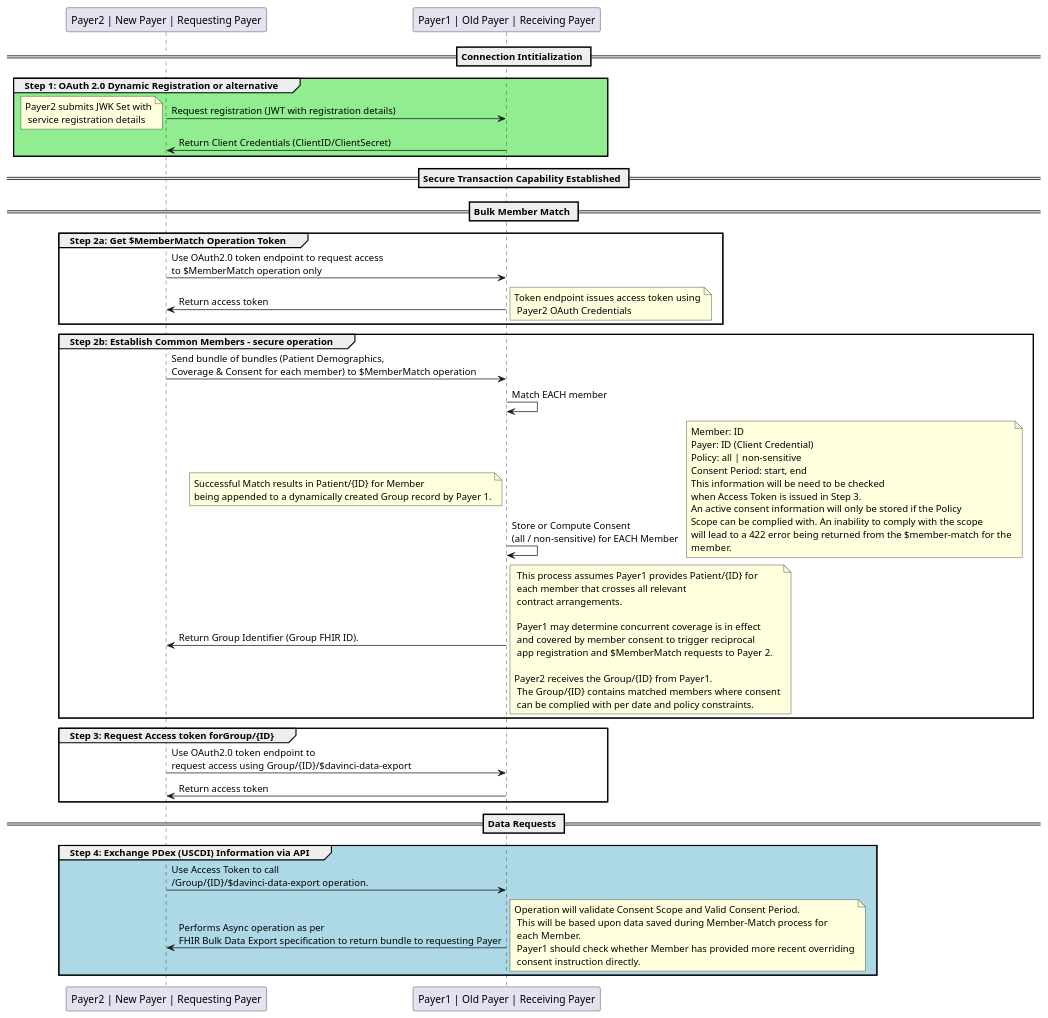
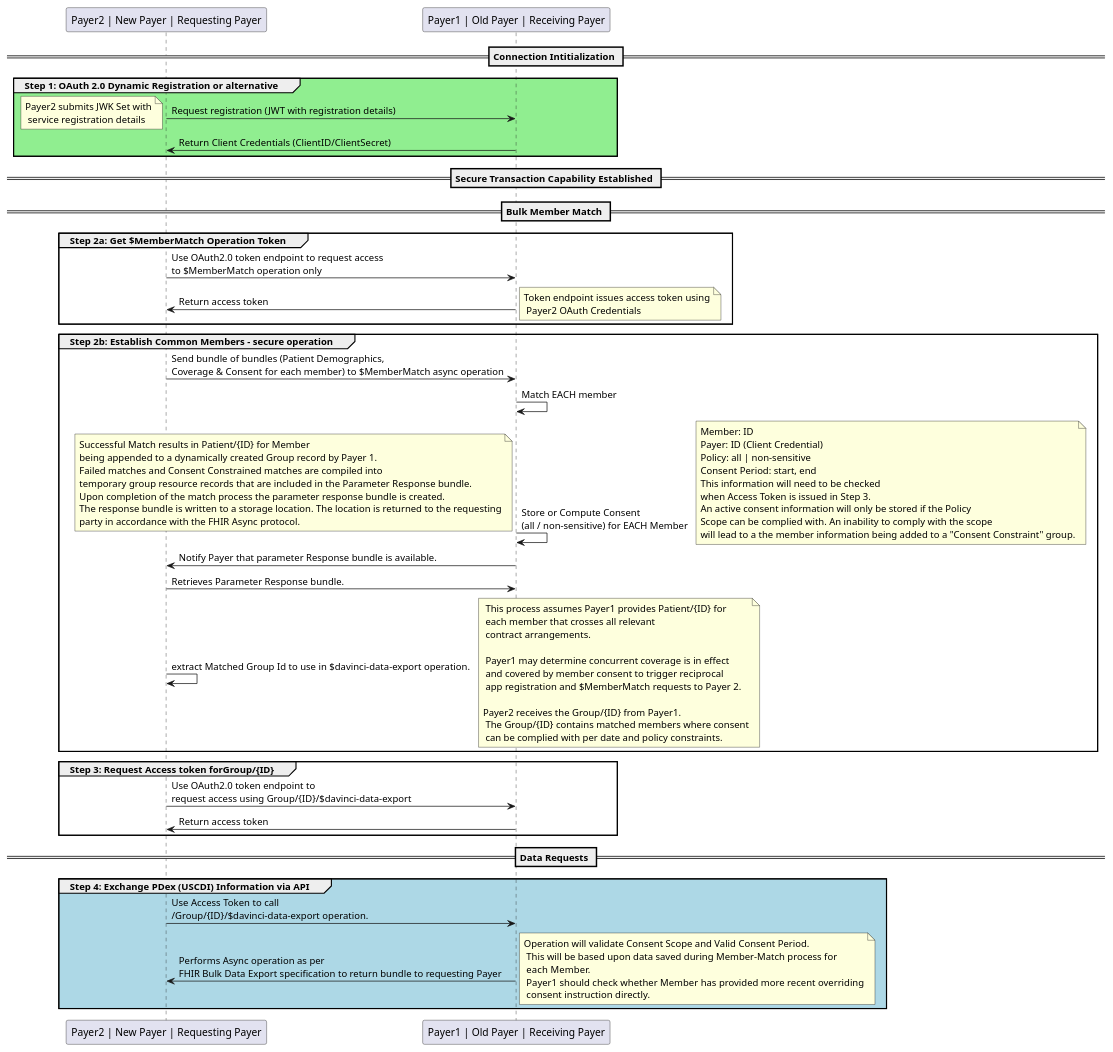
The diagram in input/images-source/pdex/bulk-p2p-exchange.plantuml (HL7/davinci-epdx), drawn with PlantUML before and after one commit. The commit also changed 1 other file, not shown here.

Commit message:
[#21] Updated Bulk Member Match diagram

```diff
--- a/input/images-source/pdex/bulk-p2p-exchange.plantuml
+++ b/input/images-source/pdex/bulk-p2p-exchange.plantuml
@@ -1,78 +1,84 @@
 @startuml
 skinparam svgDimensionStyle false
 participant "Payer2 | New Payer | Requesting Payer" as Payer2
 participant "Payer1 | Old Payer | Receiving Payer" as Payer1
 == Connection Intitialization ==
 group #lightGreen Step 1: OAuth 2.0 Dynamic Registration or alternative
 	Payer2 -> Payer1 : Request registration (JWT with registration details)
 	note left
   	Payer2 submits JWK Set with
     service registration details
   endnote
   Payer1 -> Payer2 : Return Client Credentials (ClientID/ClientSecret)
 
 end
 == Secure Transaction Capability Established ==
 
 == Bulk Member Match ==
 group Step 2a: Get $MemberMatch Operation Token
 	Payer2 -> Payer1 : Use OAuth2.0 token endpoint to request access \nto $MemberMatch operation only
   Payer1 -> Payer2 : Return access token
   note right
   	Token endpoint issues access token using
     Payer2 OAuth Credentials
   endnote
 end
 group Step 2b: Establish Common Members - secure operation
-	Payer2 -> Payer1 : Send bundle of bundles (Patient Demographics, \nCoverage & Consent for each member) to $MemberMatch operation
+	Payer2 -> Payer1 : Send bundle of bundles (Patient Demographics, \nCoverage & Consent for each member) to $MemberMatch async operation
 	Payer1 -> Payer1 : Match EACH member
   Payer1 -> Payer1 : Store or Compute Consent \n(all / non-sensitive) for EACH Member
   note right
   Member: ID
   Payer: ID (Client Credential)
   Policy: all | non-sensitive
   Consent Period: start, end
-  This information will be need to be checked
+  This information will need to be checked
   when Access Token is issued in Step 3.
   An active consent information will only be stored if the Policy
   Scope can be complied with. An inability to comply with the scope
-  will lead to a 422 error being returned from the $member-match for the
-  member.
+  will lead to a the member information being added to a "Consent Constraint" group.
   endnote
   note left
   Successful Match results in Patient/{ID} for Member
   being appended to a dynamically created Group record by Payer 1.
+  Failed matches and Consent Constrained matches are compiled into
+  temporary group resource records that are included in the Parameter Response bundle.
+  Upon completion of the match process the parameter response bundle is created.
+  The response bundle is written to a storage location. The location is returned to the requesting
+  party in accordance with the FHIR Async protocol.
   endnote
-	Payer1 -> Payer2 : Return Group Identifier (Group FHIR ID).
+	Payer1 -> Payer2 : Notify Payer that parameter Response bundle is available.
+	Payer2 -> Payer1 : Retrieves Parameter Response bundle.
+	Payer2 -> Payer2 : extract Matched Group Id to use in $davinci-data-export operation.
   note right
     This process assumes Payer1 provides Patient/{ID} for
     each member that crosses all relevant
     contract arrangements.
 
     Payer1 may determine concurrent coverage is in effect
     and covered by member consent to trigger reciprocal
     app registration and $MemberMatch requests to Payer 2.
 
   	Payer2 receives the Group/{ID} from Payer1.
     The Group/{ID} contains matched members where consent
     can be complied with per date and policy constraints.
   endnote
 end
 
 group Step 3: Request Access token forGroup/{ID}
 	Payer2 -> Payer1 : Use OAuth2.0 token endpoint to \nrequest access using Group/{ID}/$davinci-data-export
   Payer1 -> Payer2 : Return access token
 end
 == Data Requests ==
 group #LightBlue Step 4: Exchange PDex (USCDI) Information via API
   Payer2 -> Payer1 : Use Access Token to call \n/Group/{ID}/$davinci-data-export operation.
 	Payer1 -> Payer2 : Performs Async operation as per \nFHIR Bulk Data Export specification to return bundle to requesting Payer
   note right
   	Operation will validate Consent Scope and Valid Consent Period.
     This will be based upon data saved during Member-Match process for
     each Member.
     Payer1 should check whether Member has provided more recent overriding
     consent instruction directly.
   endnote
 end
 @enduml
```
